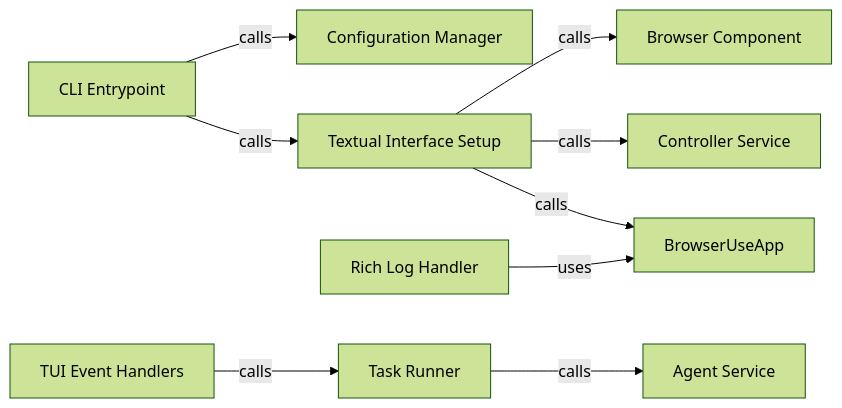
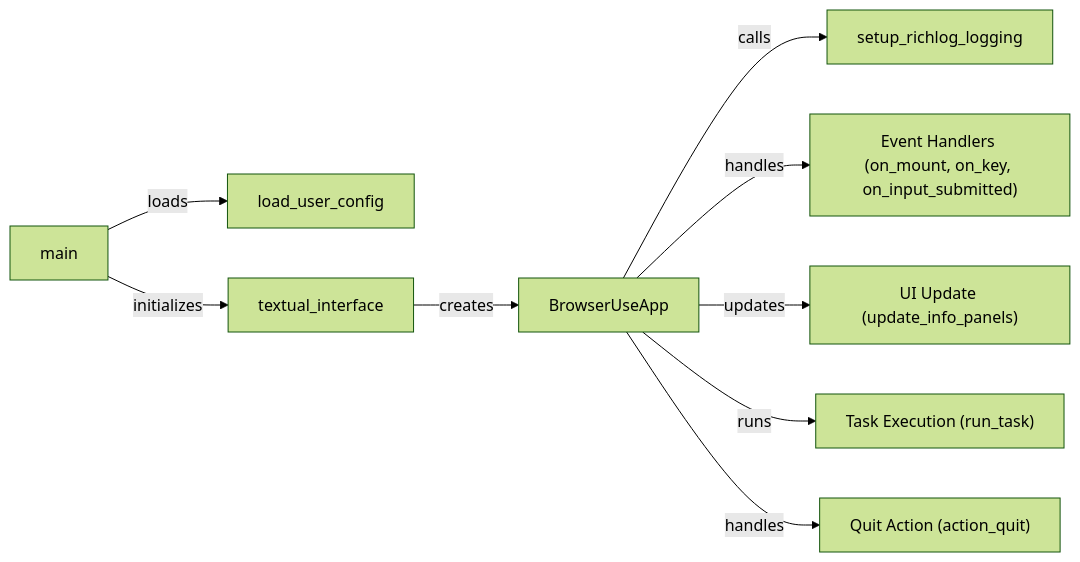
Before and after one commit to CodeBoarding/GeneratedOnBoardings: the diagram in browser-use/User Interface.md, drawn with Mermaid (forest theme). The commit also changed other lines of this file and 11 other files, not shown here.

````diff
--- a/browser-use/User Interface.md
+++ b/browser-use/User Interface.md
@@ -1,21 +1,20 @@
 ```mermaid
 graph LR
-    CLI_Entrypoint["CLI Entrypoint"]
-    Configuration_Manager["Configuration Manager"]
-    Textual_Interface_Setup["Textual Interface Setup"]
     BrowserUseApp["BrowserUseApp"]
-    TUI_Event_Handlers["TUI Event Handlers"]
-    Task_Runner["Task Runner"]
-    Rich_Log_Handler["Rich Log Handler"]
-    Browser_Component["Browser Component"]
-    Controller_Service["Controller Service"]
-    Agent_Service["Agent Service"]
-    CLI_Entrypoint -- "calls" --> Configuration_Manager
-    CLI_Entrypoint -- "calls" --> Textual_Interface_Setup
-    Textual_Interface_Setup -- "calls" --> Browser_Component
-    Textual_Interface_Setup -- "calls" --> Controller_Service
-    Textual_Interface_Setup -- "calls" --> BrowserUseApp
-    TUI_Event_Handlers -- "calls" --> Task_Runner
-    Task_Runner -- "calls" --> Agent_Service
-    Rich_Log_Handler -- "uses" --> BrowserUseApp
+    load_user_config["load_user_config"]
+    setup_richlog_logging["setup_richlog_logging"]
+    Event_Handlers_on_mount_on_key_on_input_submitted_["Event Handlers (on_mount, on_key, on_input_submitted)"]
+    UI_Update_update_info_panels_["UI Update (update_info_panels)"]
+    Task_Execution_run_task_["Task Execution (run_task)"]
+    Quit_Action_action_quit_["Quit Action (action_quit)"]
+    textual_interface["textual_interface"]
+    main["main"]
+    main -- "initializes" --> textual_interface
+    main -- "loads" --> load_user_config
+    textual_interface -- "creates" --> BrowserUseApp
+    BrowserUseApp -- "calls" --> setup_richlog_logging
+    BrowserUseApp -- "handles" --> Event_Handlers_on_mount_on_key_on_input_submitted_
+    BrowserUseApp -- "updates" --> UI_Update_update_info_panels_
+    BrowserUseApp -- "runs" --> Task_Execution_run_task_
+    BrowserUseApp -- "handles" --> Quit_Action_action_quit_
 ```
````
